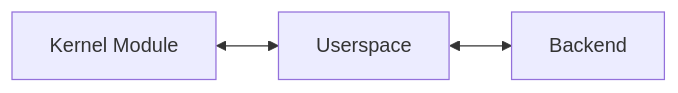
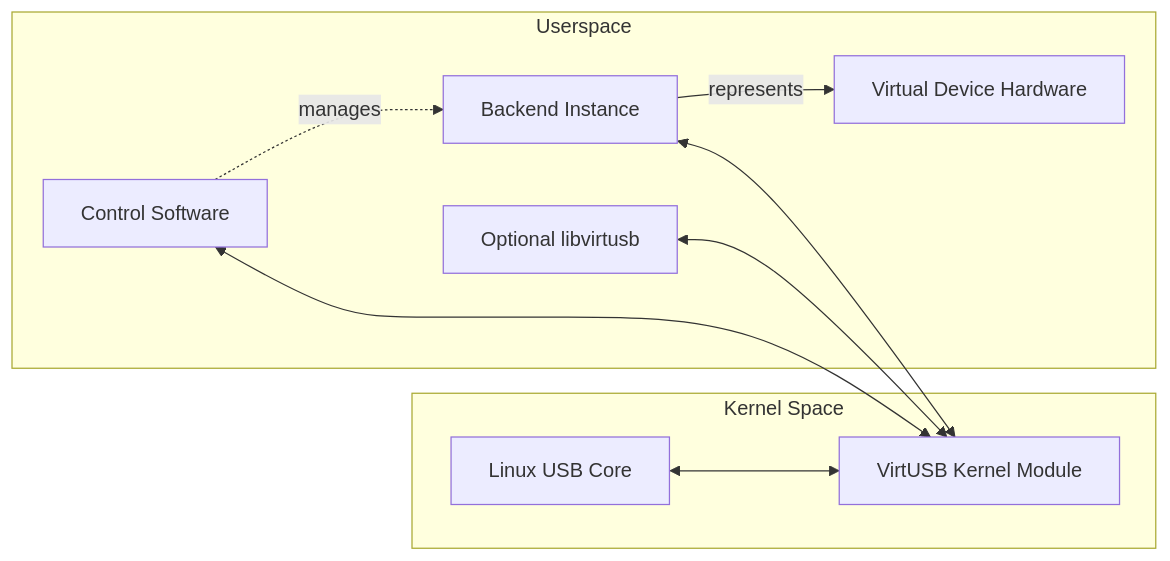
The first of 4 diagrams in doc/requirements/software-requirements.md (RomanBuchert/VirtUSB), drawn with Mermaid before and after one commit. The commit also changed other lines of this file and 6 other files, not shown here.

First line of the commit message:
docs: refine architecture and requirements documentation (WIP)

````diff
--- a/doc/requirements/software-requirements.md
+++ b/doc/requirements/software-requirements.md
@@ -109,9 +132,21 @@
 ```mermaid
 flowchart LR
-   KM["Kernel Module"]
-   US["Userspace"]
-   BE["Backend"]
+   subgraph kernel["Kernel Space"]
+      usb["Linux USB Core"]
+      module["VirtUSB Kernel Module"]
+   end
 
-   KM <--> US
-   US <--> BE
+   subgraph userspace["Userspace"]
+      control["Control Software"]
+      library["Optional libvirtusb"]
+      backend["Backend Instance"]
+      hardware["Virtual Device Hardware"]
+   end
+
+   usb <--> module
+   control <--> module
+   library <--> module
+   backend <--> module
+   backend -->|"represents"| hardware
+   control -. "manages" .-> backend
 ```
````
